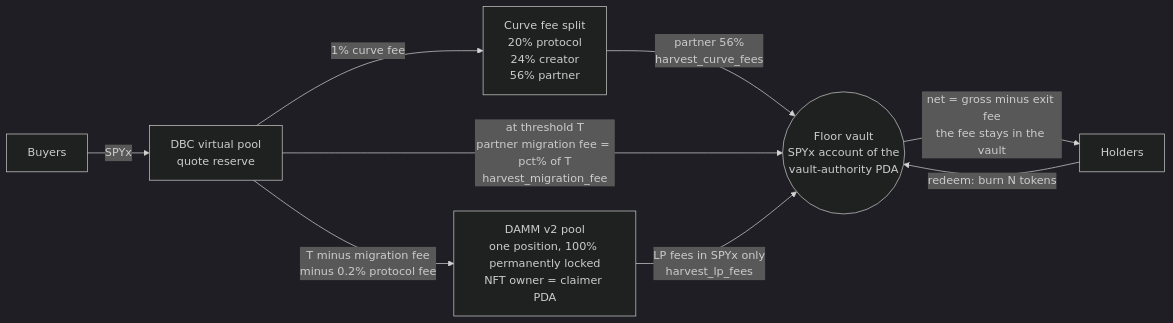
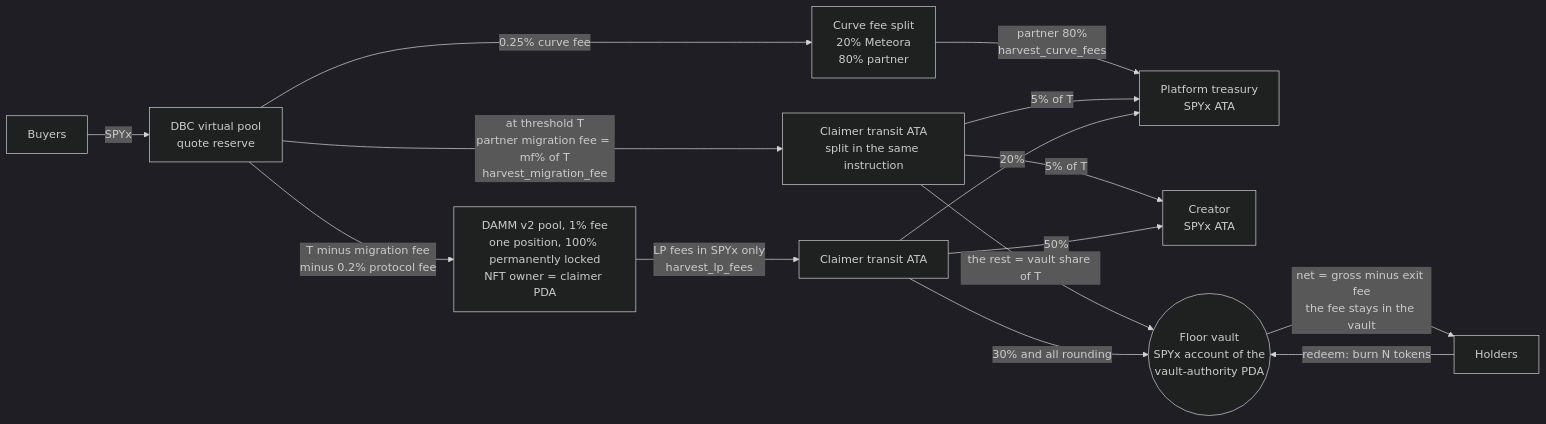
The second of 3 diagrams in README.md (0xrke/plinto), drawn with Mermaid (dark theme) before and after one commit. The commit also changed other lines of this file and 3 other files, not shown here.

First line of the commit message:
docs: architecture, README fee tables, STATUS for the v3 fee model

````diff
--- a/README.md
+++ b/README.md
@@ -322,11 +325,17 @@
 ```mermaid
 flowchart LR
   buyers["Buyers"] -->|SPYx| reserve["DBC virtual pool<br/>quote reserve"]
-  reserve -->|1% curve fee| split["Curve fee split<br/>20% protocol<br/>24% creator<br/>56% partner"]
-  split -->|partner 56%<br/>harvest_curve_fees| vault(("Floor vault<br/>SPYx account of the<br/>vault-authority PDA"))
-  reserve -->|at threshold T<br/>partner migration fee = pct% of T<br/>harvest_migration_fee| vault
-  reserve -->|T minus migration fee<br/>minus 0.2% protocol fee| damm["DAMM v2 pool<br/>one position, 100% permanently locked<br/>NFT owner = claimer PDA"]
-  damm -->|LP fees in SPYx only<br/>harvest_lp_fees| vault
+  reserve -->|0.25% curve fee| split["Curve fee split<br/>20% Meteora<br/>80% partner"]
+  split -->|partner 80%<br/>harvest_curve_fees| platform["Platform treasury<br/>SPYx ATA"]
+  reserve -->|at threshold T<br/>partner migration fee = mf% of T<br/>harvest_migration_fee| transit["Claimer transit ATA<br/>split in the same instruction"]
+  transit -->|5% of T| platform
+  transit -->|5% of T| creator["Creator<br/>SPYx ATA"]
+  transit -->|the rest = vault share of T| vault(("Floor vault<br/>SPYx account of the<br/>vault-authority PDA"))
+  reserve -->|T minus migration fee<br/>minus 0.2% protocol fee| damm["DAMM v2 pool, 1% fee<br/>one position, 100% permanently locked<br/>NFT owner = claimer PDA"]
+  damm -->|LP fees in SPYx only<br/>harvest_lp_fees| lpsplit["Claimer transit ATA"]
+  lpsplit -->|50%| creator
+  lpsplit -->|20%| platform
+  lpsplit -->|30% and all rounding| vault
   holders["Holders"] -->|redeem: burn N tokens| vault
   vault -->|net = gross minus exit fee<br/>the fee stays in the vault| holders
 ```
````
